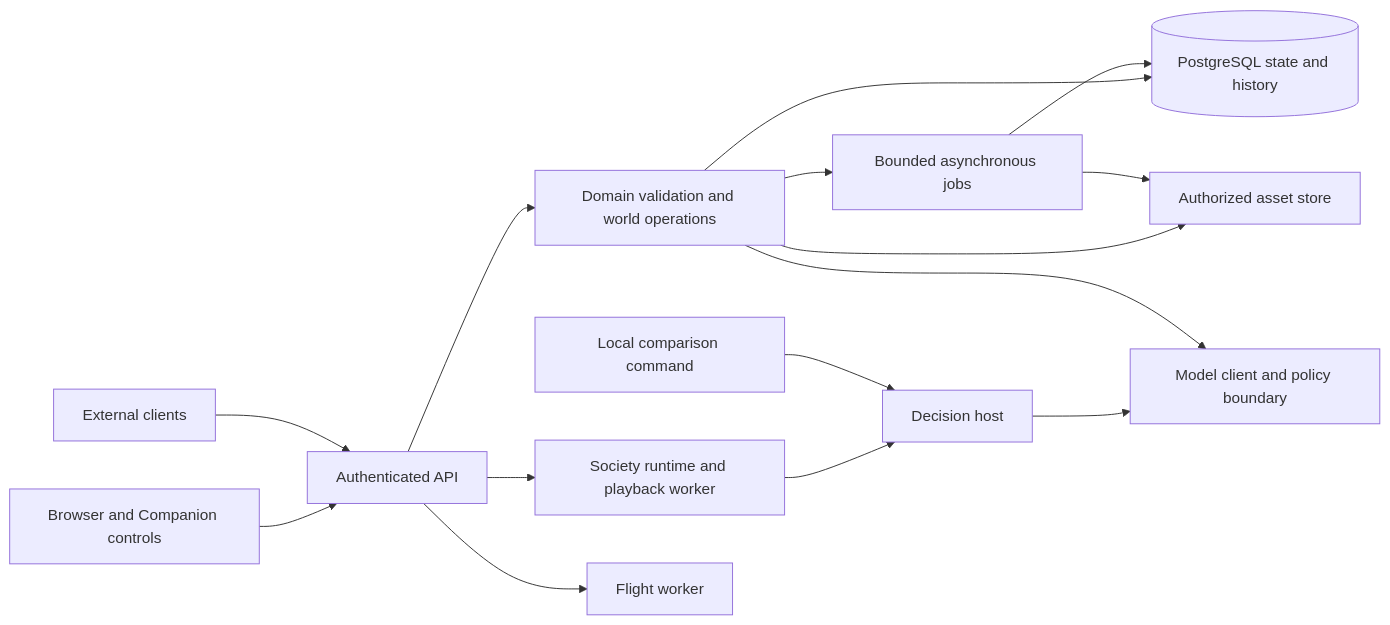
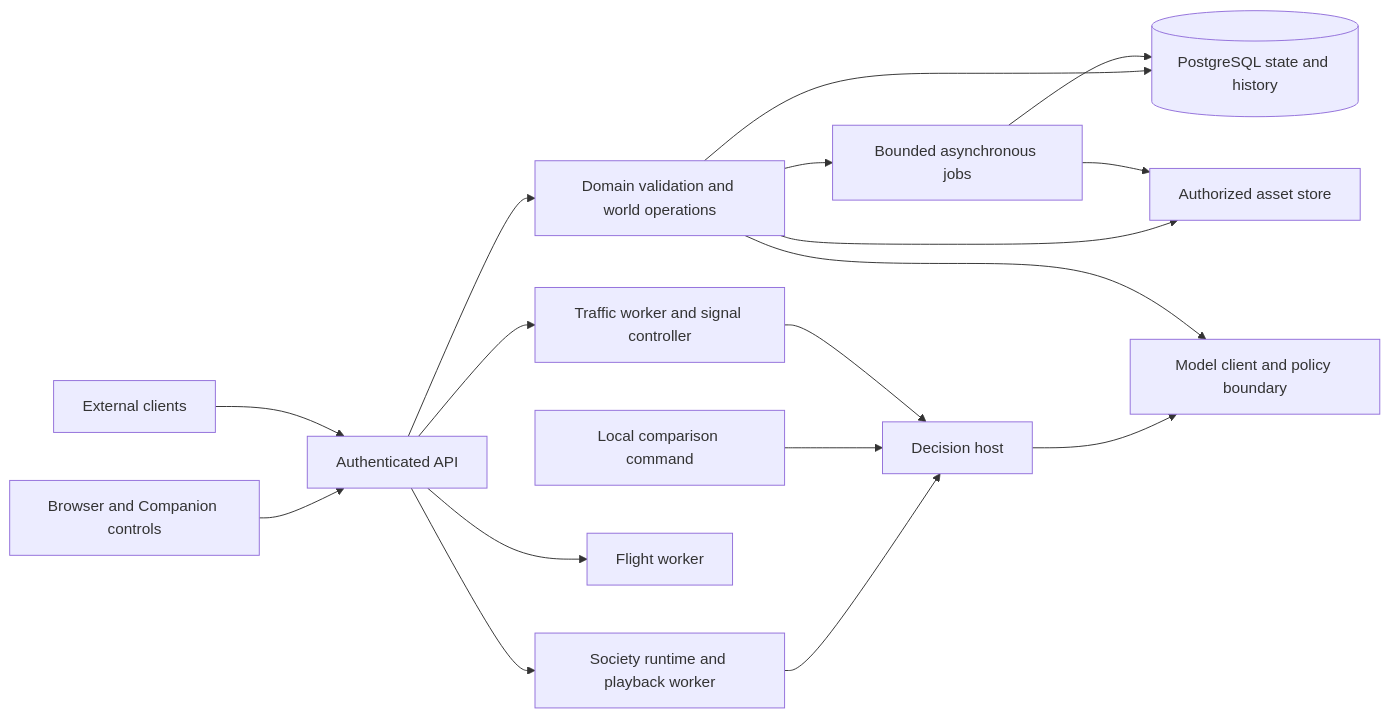
One commit to twinkling-reality/exulanica changed the diagram in docs/architecture-overview.md. Above: the diagram before and after it, drawn with Mermaid. The commit also changed other lines of this file and 41 other files, not shown here.

````diff
--- a/docs/architecture-overview.md
+++ b/docs/architecture-overview.md
@@ -33,17 +34,19 @@
 ```mermaid
 flowchart LR
     UI[Browser and Companion controls] --> API[Authenticated API]
     Client[External clients] --> API
     API --> Domain[Domain validation and world operations]
     Domain --> DB[(PostgreSQL state and history)]
     Domain --> Assets[Authorized asset store]
     Domain --> Jobs[Bounded asynchronous jobs]
     Jobs --> Assets
     Jobs --> DB
     API --> Society[Society runtime and playback worker]
     Society --> Host[Decision host]
     Compare[Local comparison command] --> Host
     Host --> Models[Model client and policy boundary]
     Domain --> Models
     API --> Flight[Flight worker]
+    API --> Traffic[Traffic worker and signal controller]
+    Traffic --> Host
 ```
````
